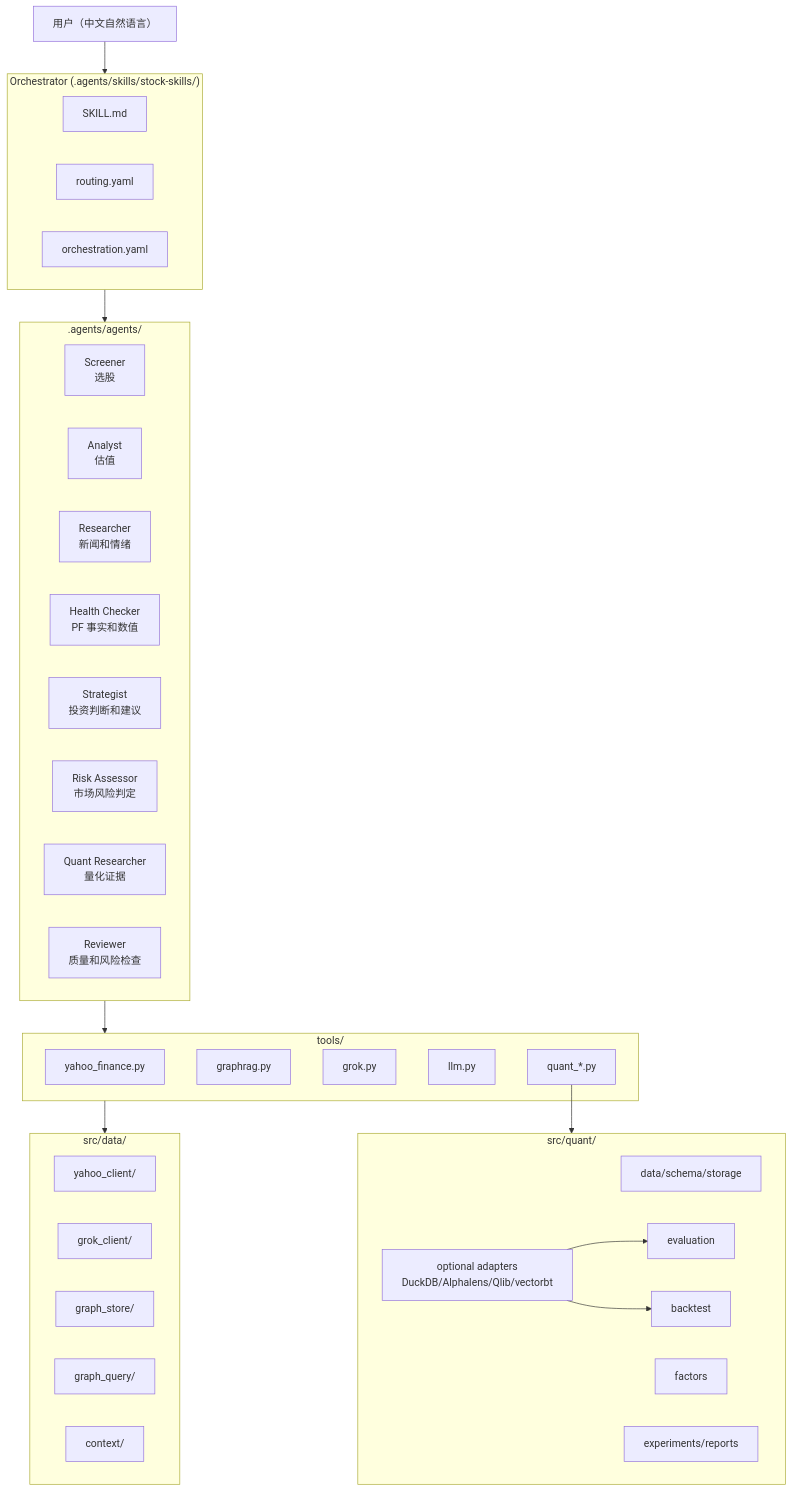
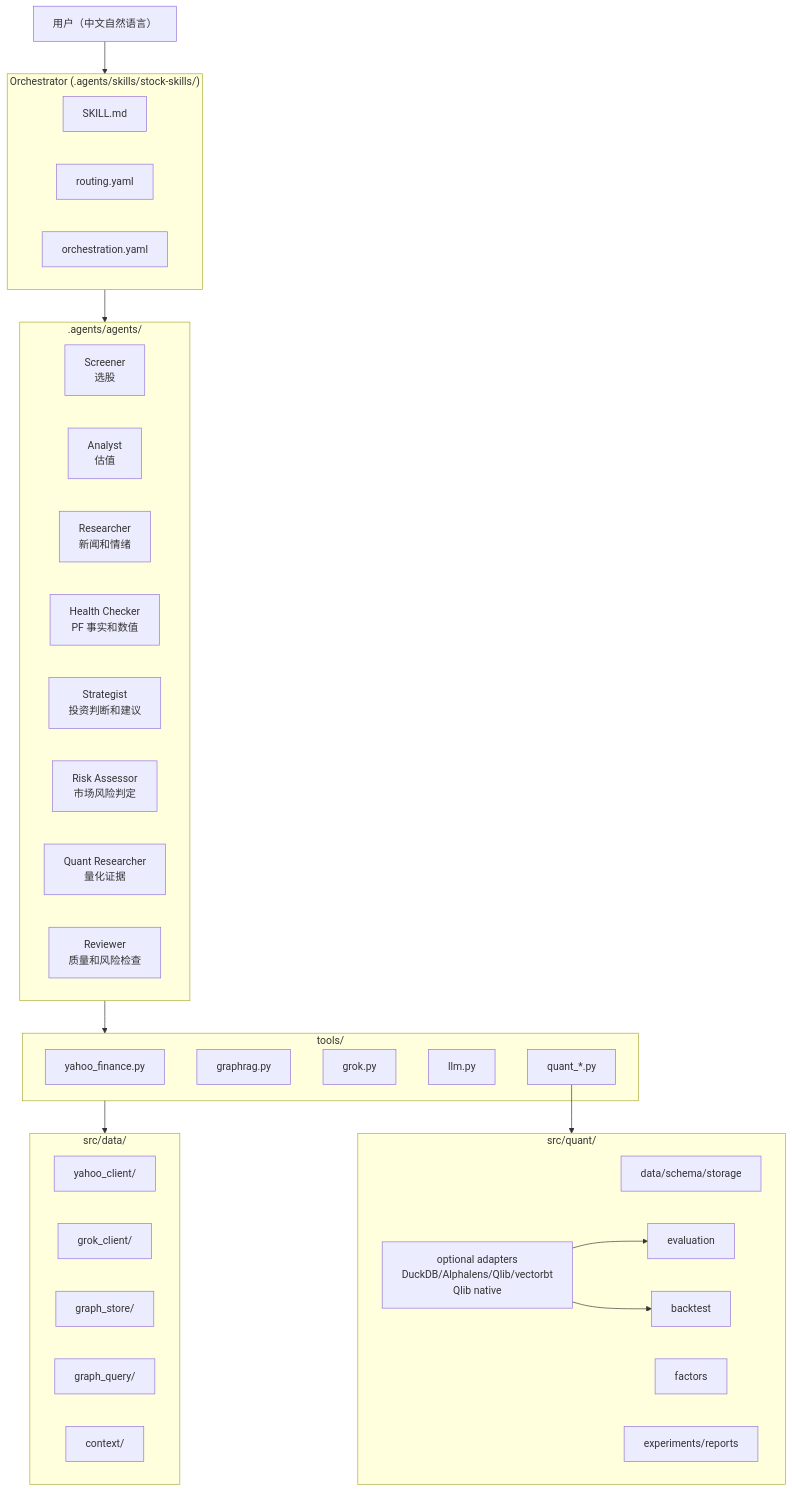
The diagram in docs/architecture.md (probatus117/quants-research), drawn with Mermaid before and after one commit. The commit also changed other lines of this file and 25 other files, not shown here.

Commit message:
feat(quant): add qlib native research pathway

````diff
--- a/docs/architecture.md
+++ b/docs/architecture.md
@@ -11,54 +11,54 @@
 ```mermaid
 graph TD
     User["用户（中文自然语言）"]
 
     subgraph Orchestrator["Orchestrator (.agents/skills/stock-skills/)"]
         SKILL["SKILL.md"]
         ROUTE["routing.yaml"]
         ORCH["orchestration.yaml"]
     end
 
     subgraph Agents[".agents/agents/"]
         SCR["Screener<br/>选股"]
         ANA["Analyst<br/>估值"]
         RES["Researcher<br/>新闻和情绪"]
         HC["Health Checker<br/>PF 事实和数值"]
         STR["Strategist<br/>投资判断和建议"]
         RA["Risk Assessor<br/>市场风险判定"]
         QR["Quant Researcher<br/>量化证据"]
         REV["Reviewer<br/>质量和风险检查"]
     end
 
     subgraph Tools["tools/"]
         YF["yahoo_finance.py"]
         GR["graphrag.py"]
         GK["grok.py"]
         LLM["llm.py"]
         QT["quant_*.py"]
     end
 
     subgraph Data["src/data/"]
         YC["yahoo_client/"]
         GC["grok_client/"]
         GS["graph_store/"]
         GQ["graph_query/"]
         CTX["context/"]
     end
 
     subgraph Quant["src/quant/"]
         QD["data/schema/storage"]
-        QA["optional adapters<br/>DuckDB/Alphalens/Qlib/vectorbt"]
+        QA["optional adapters<br/>DuckDB/Alphalens/Qlib/vectorbt<br/>Qlib native"]
         QF["factors"]
         QE["evaluation"]
         QB["backtest"]
         QX["experiments/reports"]
     end
 
     User --> Orchestrator
     Orchestrator --> Agents
     Agents --> Tools
     Tools --> Data
     QT --> Quant
     QA --> QE
     QA --> QB
 ```
````
